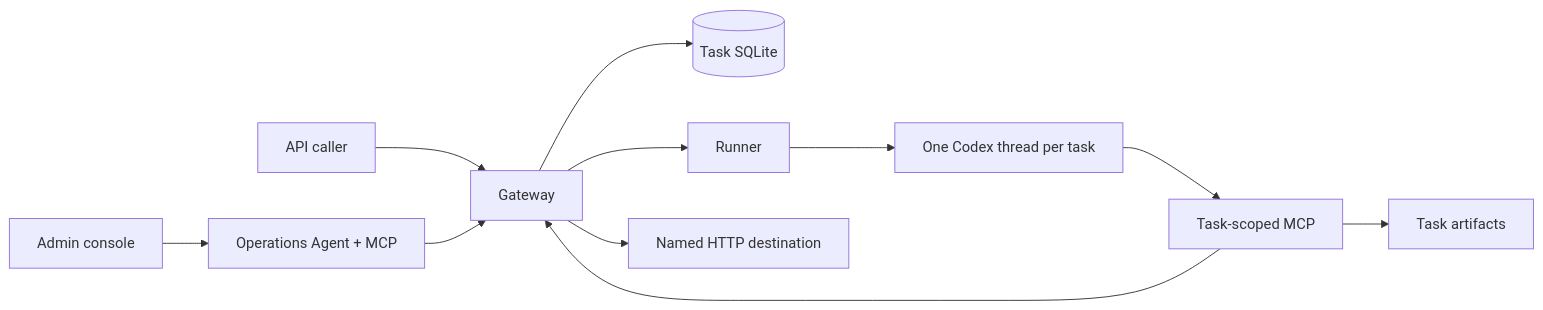
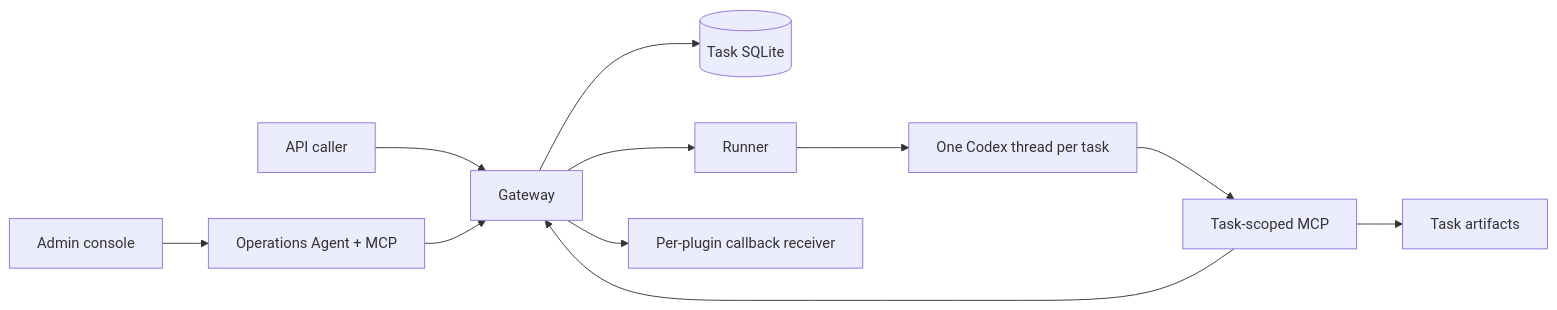
The diagram in docs/ARCHITECTURE.md (NM1024/codex-agent-platform), drawn with Mermaid before and after one commit. The commit also changed other lines of this file and 159 other files, not shown here.

````diff
--- a/docs/ARCHITECTURE.md
+++ b/docs/ARCHITECTURE.md
@@ -3,13 +3,13 @@
 ```mermaid
 flowchart LR
     Caller[API caller] --> Gateway
     Admin[Admin console] --> Manager
     Manager[Operations Agent + MCP] --> Gateway
     Gateway --> DB[(Task SQLite)]
     Gateway --> Runner
     Runner --> Codex[One Codex thread per task]
     Codex --> MCP[Task-scoped MCP]
     MCP --> Gateway
     MCP --> Artifacts[Task artifacts]
-    Gateway --> Callback[Named HTTP destination]
+    Gateway --> Callback[Per-plugin callback receiver]
 ```
````
